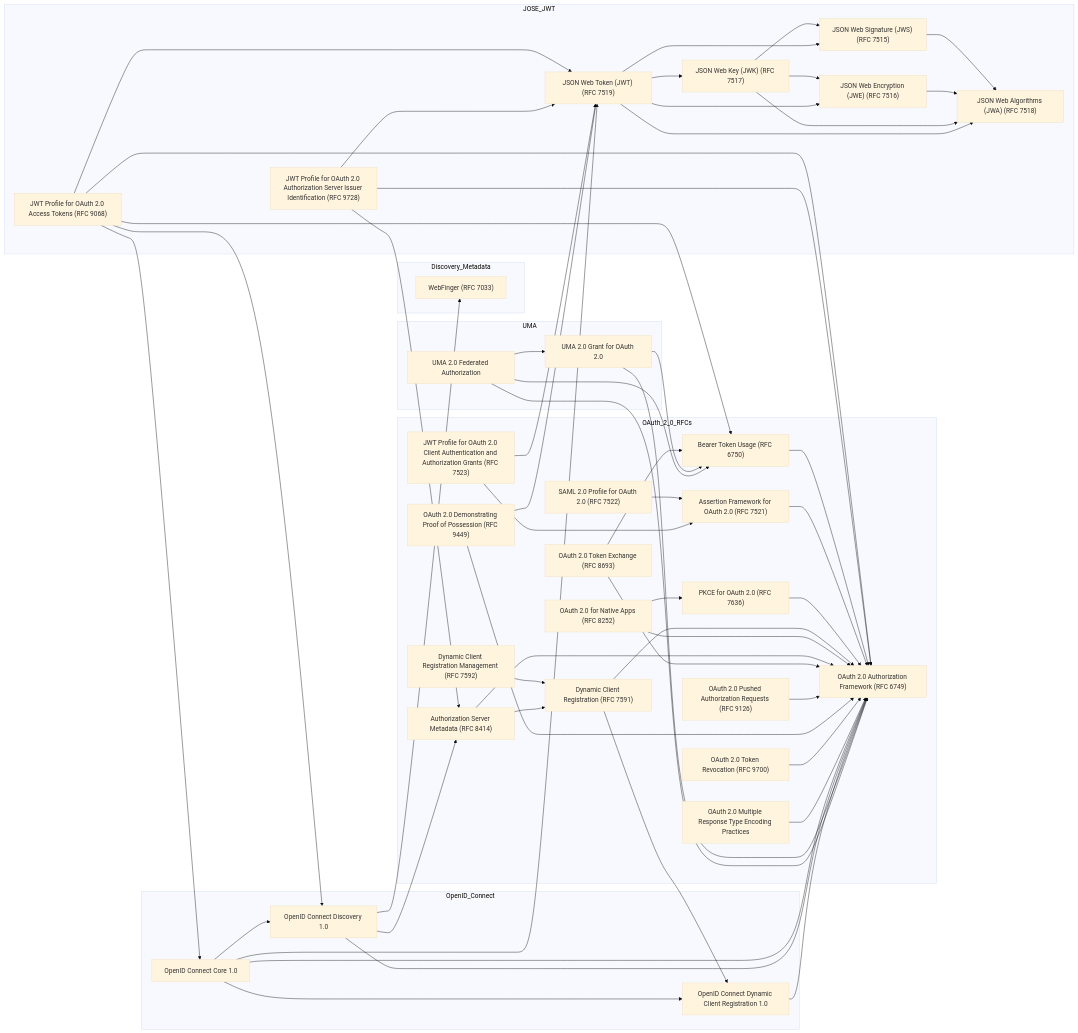
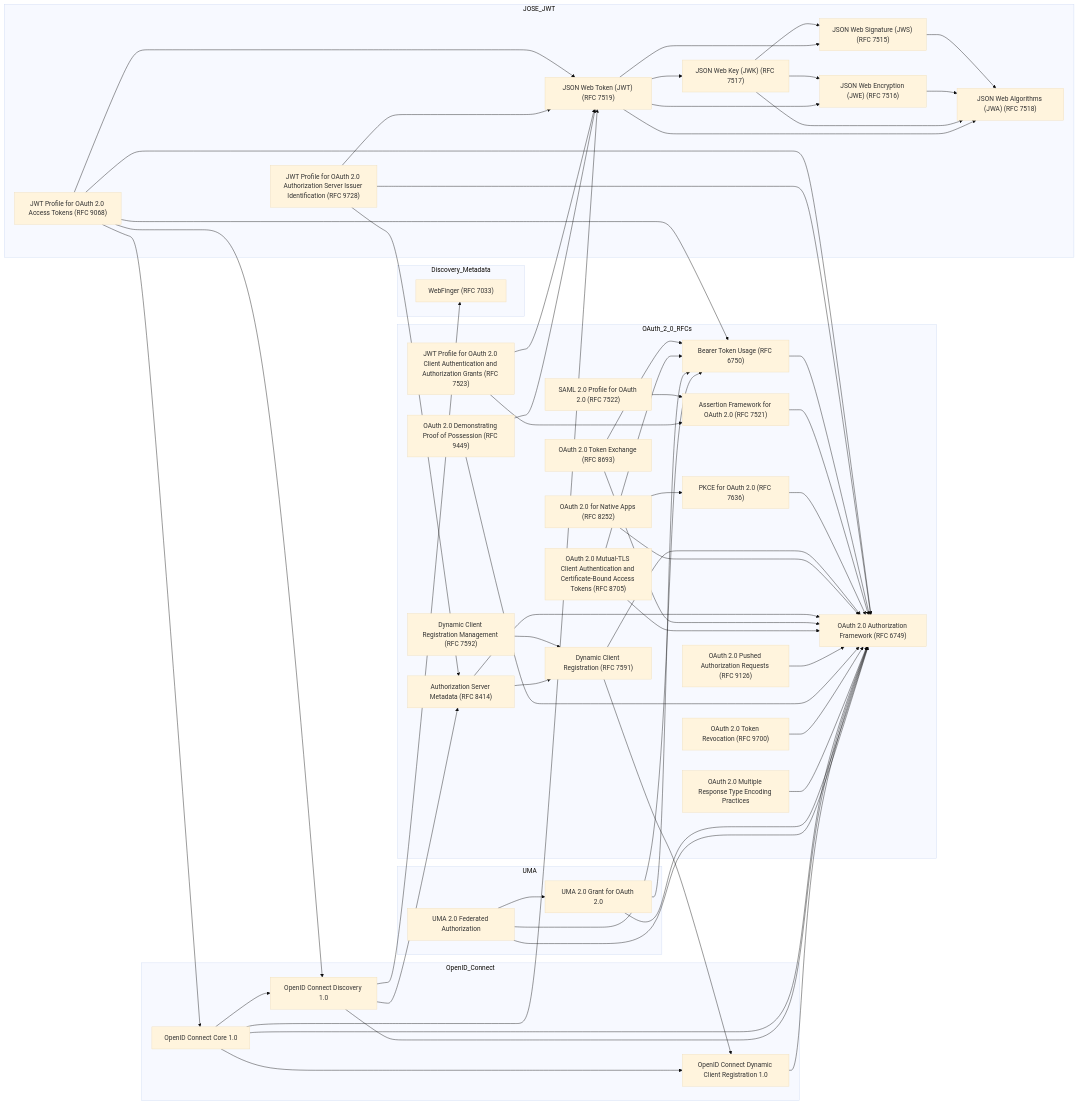
Before and after one commit to ryanspletzer/oidc-oauth-spec-graph: the diagram in graph.md, drawn with Mermaid (base theme). The commit also changed 1 other file, not shown here.

Commit message:
Adds RFC 8705 for OAuth 2.0 Mutual-TLS authentication
Includes RFC 8705 which defines mutual TLS for client authentication and certificate-bound access tokens in OAuth 2.0 flows.

Establishes dependencies on core OAuth 2.0 specifications (RFC 6749 and RFC 6750) and provides clickable link to official specification.

```diff
--- a/graph.md
+++ b/graph.md
@@ -23,6 +23,7 @@
     RFC8252["OAuth 2.0 for Native Apps (RFC 8252)"]
     RFC8414["Authorization Server Metadata (RFC 8414)"]
     RFC8693["OAuth 2.0 Token Exchange (RFC 8693)"]
+    RFC8705["OAuth 2.0 Mutual-TLS Client Authentication and Certificate-Bound Access Tokens (RFC 8705)"]
     RFC9126["OAuth 2.0 Pushed Authorization Requests (RFC 9126)"]
     RFC9449["OAuth 2.0 Demonstrating Proof of Possession (RFC 9449)"]
     RFC9700["OAuth 2.0 Token Revocation (RFC 9700)"]
@@ -66,6 +67,8 @@
   RFC8414 --> RFC7591
   RFC8693 --> RFC6749
   RFC8693 --> RFC6750
+  RFC8705 --> RFC6749
+  RFC8705 --> RFC6750
   RFC9126 --> RFC6749
   RFC9449 --> RFC6749
   RFC9449 --> RFC7519
@@ -133,6 +136,7 @@
   click RFC8252 "https://datatracker.ietf.org/doc/html/rfc8252" "OAuth 2.0 for Native Apps (RFC 8252)"
   click RFC8414 "https://datatracker.ietf.org/doc/html/rfc8414" "Authorization Server Metadata (RFC 8414)"
   click RFC8693 "https://datatracker.ietf.org/doc/html/rfc8693" "OAuth 2.0 Token Exchange (RFC 8693)"
+  click RFC8705 "https://datatracker.ietf.org/doc/html/rfc8705" "OAuth 2.0 Mutual-TLS Client Authentication and Certificate-Bound Access Tokens (RFC 8705)"
   click RFC9126 "https://datatracker.ietf.org/doc/html/rfc9126" "OAuth 2.0 Pushed Authorization Requests (RFC 9126)"
   click RFC9449 "https://datatracker.ietf.org/doc/html/rfc9449" "OAuth 2.0 Demonstrating Proof of Possession (RFC 9449)"
   click RFC9700 "https://datatracker.ietf.org/doc/html/rfc9700" "OAuth 2.0 Token Revocation (RFC 9700)"
```
